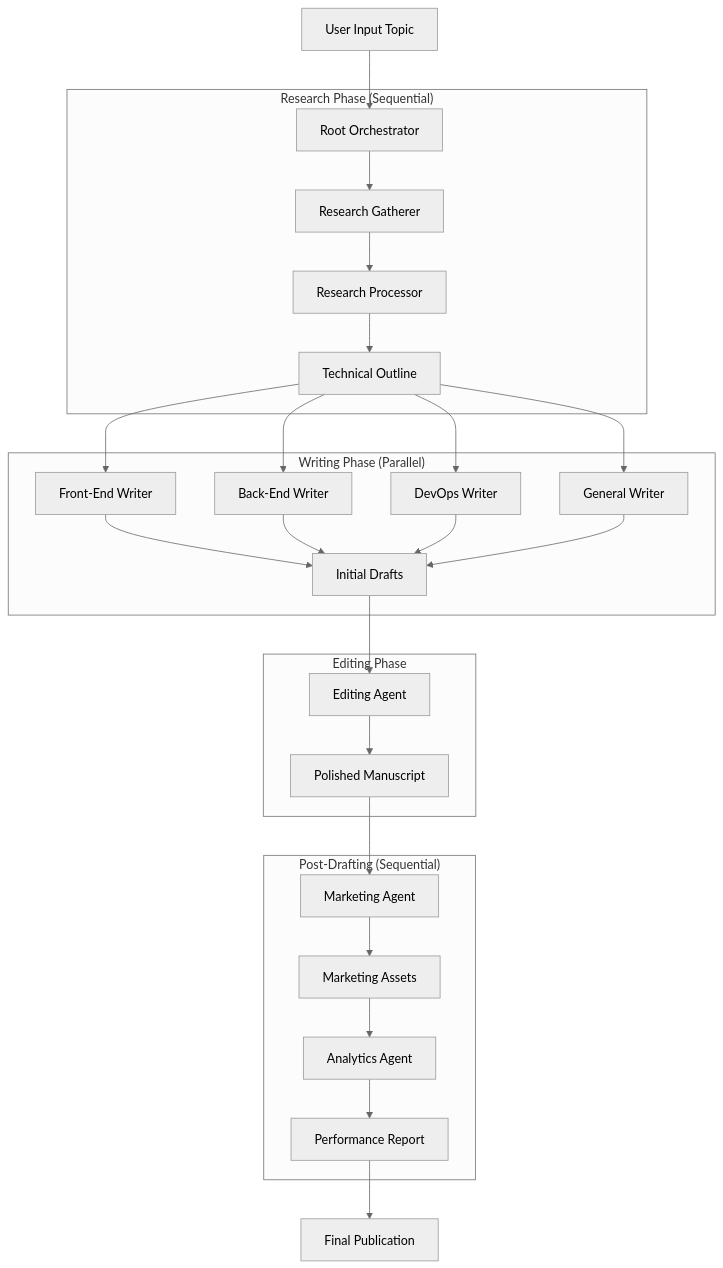
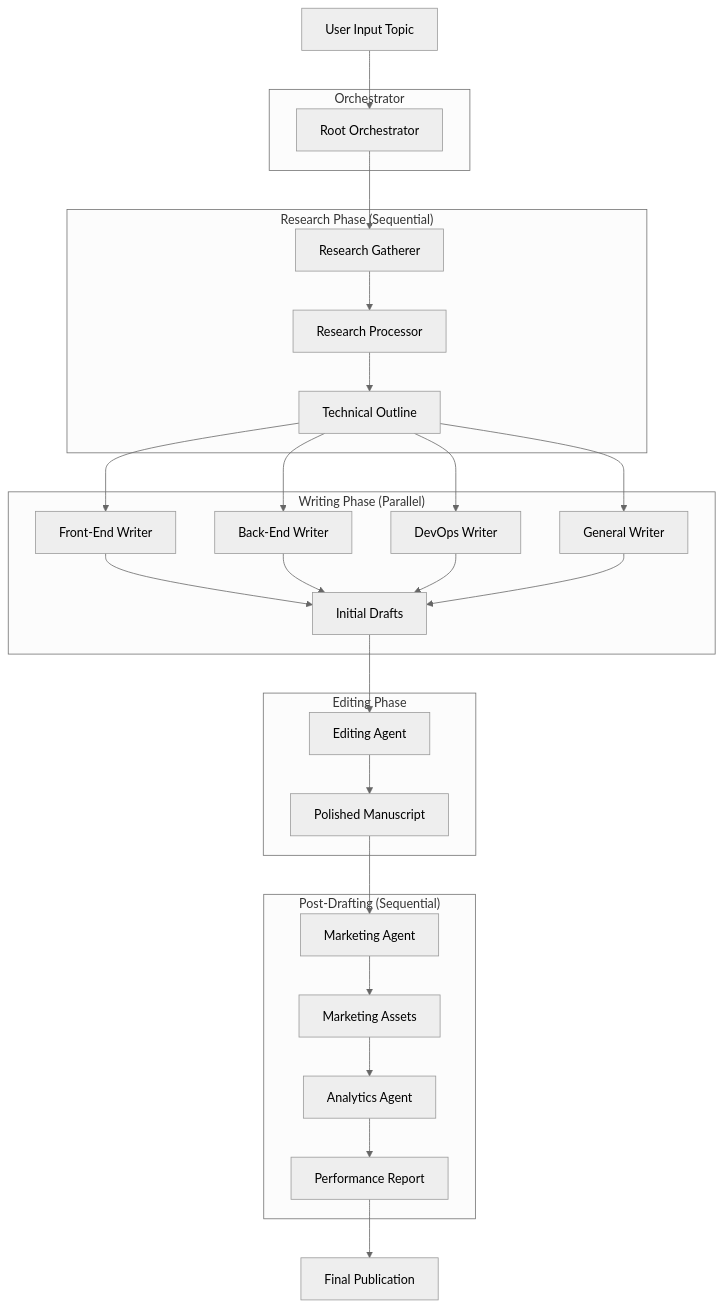
One commit to anoochit/publishing_studio changed the diagram in README.md. Above: the diagram before and after it, drawn with Mermaid (neutral theme). The commit also changed other lines of this file and 9 other files, not shown here.

````diff
--- a/README.md
+++ b/README.md
@@ -9,35 +9,39 @@
 ```mermaid
 flowchart TD
-    A[User Input Topic] --> B[Root Orchestrator]
+    A[User Input Topic] --> B
+
+    subgraph "Orchestrator"
+        B[Root Orchestrator]
+    end
     
     subgraph "Research Phase (Sequential)"
     B --> C[Research Gatherer]
     C --> D[Research Processor]
     D --> E[Technical Outline]
     end
     
     subgraph "Writing Phase (Parallel)"
     E --> F1[Front-End Writer]
     E --> F2[Back-End Writer]
     E --> F3[DevOps Writer]
     E --> F4[General Writer]
     F1 --> G[Initial Drafts]
     F2 --> G
     F3 --> G
     F4 --> G
     end
     
     subgraph "Editing Phase"
     G --> H[Editing Agent]
     H --> I[Polished Manuscript]
     end
     
     subgraph "Post-Drafting (Sequential)"
     I --> J[Marketing Agent]
     J --> K[Marketing Assets]
     K --> L[Analytics Agent]
     L --> M[Performance Report]
     end
     
     M --> N[Final Publication]
 ```
````
